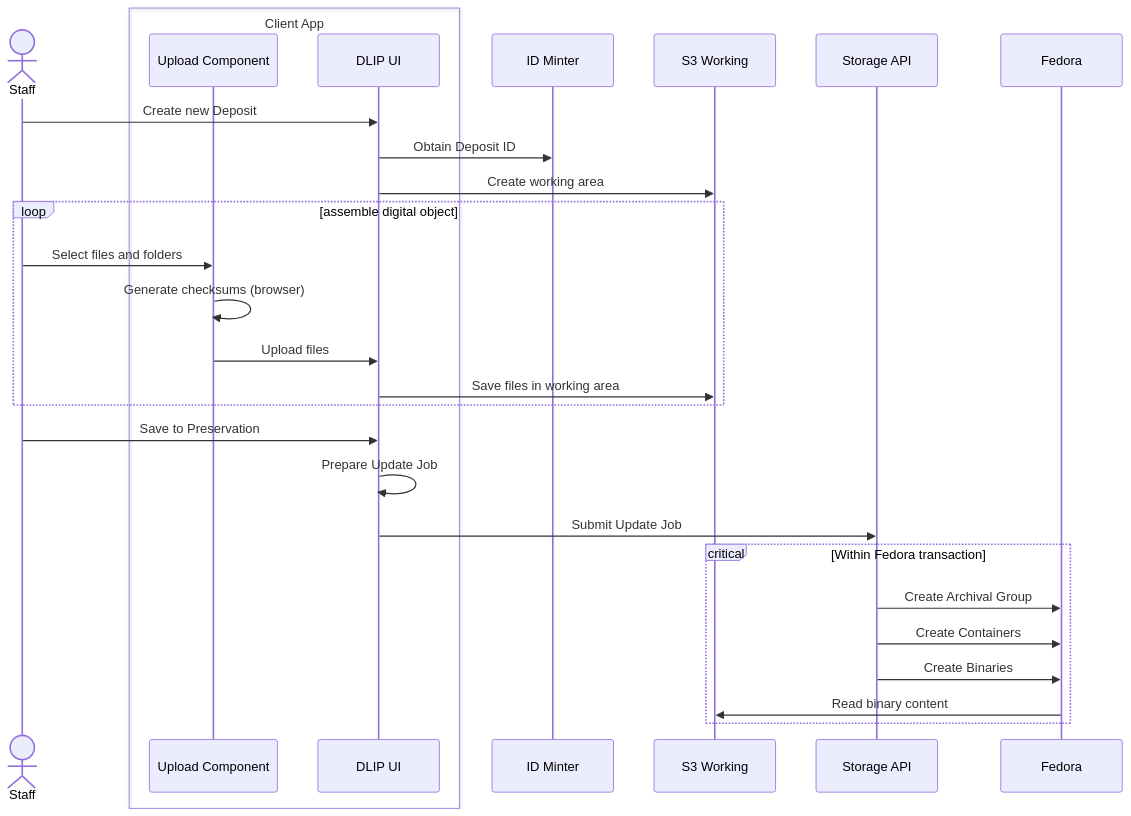
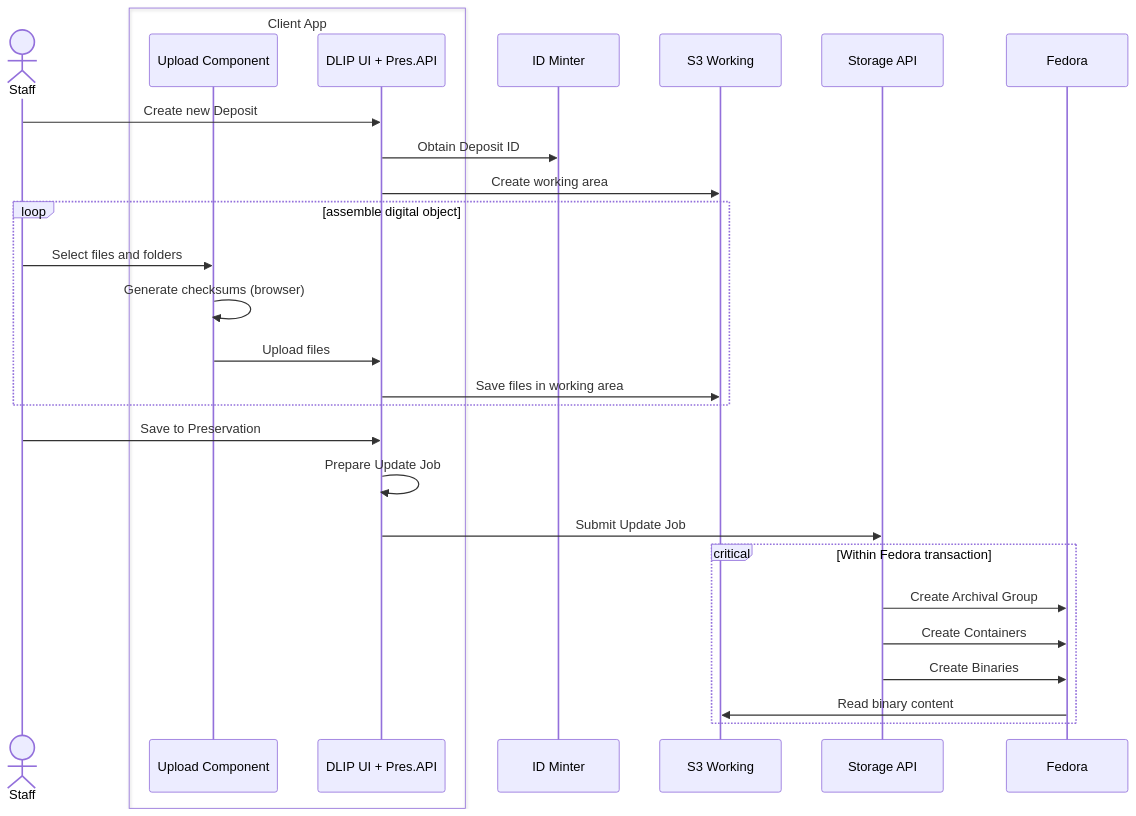
The diagram in sequence-diagrams/create-deposit.md (digirati-co-uk/digital-preservation-docs), drawn with Mermaid before and after one commit. The commit also changed other lines of this file and 4 other files, not shown here.

````diff
--- a/sequence-diagrams/create-deposit.md
+++ b/sequence-diagrams/create-deposit.md
@@ -9,31 +11,31 @@
 ```mermaid
 sequenceDiagram
     actor A as Staff
     box Client App
     participant UP as Upload Component
-    participant UI as DLIP UI
+    participant UI as DLIP UI + Pres.API
     end
     participant ID as ID Minter
     participant S3 as S3 Working
     participant Storage as Storage API
     participant Fedora
     
     A->>UI: Create new Deposit
     UI->>ID: Obtain Deposit ID
     UI->>S3: Create working area
     loop assemble digital object
         A->>UP: Select files and folders
         UP->>UP: Generate checksums (browser)
         UP->>UI: Upload files
         UI->>S3: Save files in working area
     end
     A->>UI: Save to Preservation
     UI->>UI: Prepare Update Job
     UI->>Storage: Submit Update Job
     critical Within Fedora transaction
         Storage->>Fedora: Create Archival Group
         Storage->>Fedora: Create Containers
         Storage->>Fedora: Create Binaries
         Fedora->>S3: Read binary content
     end
 ```
````
